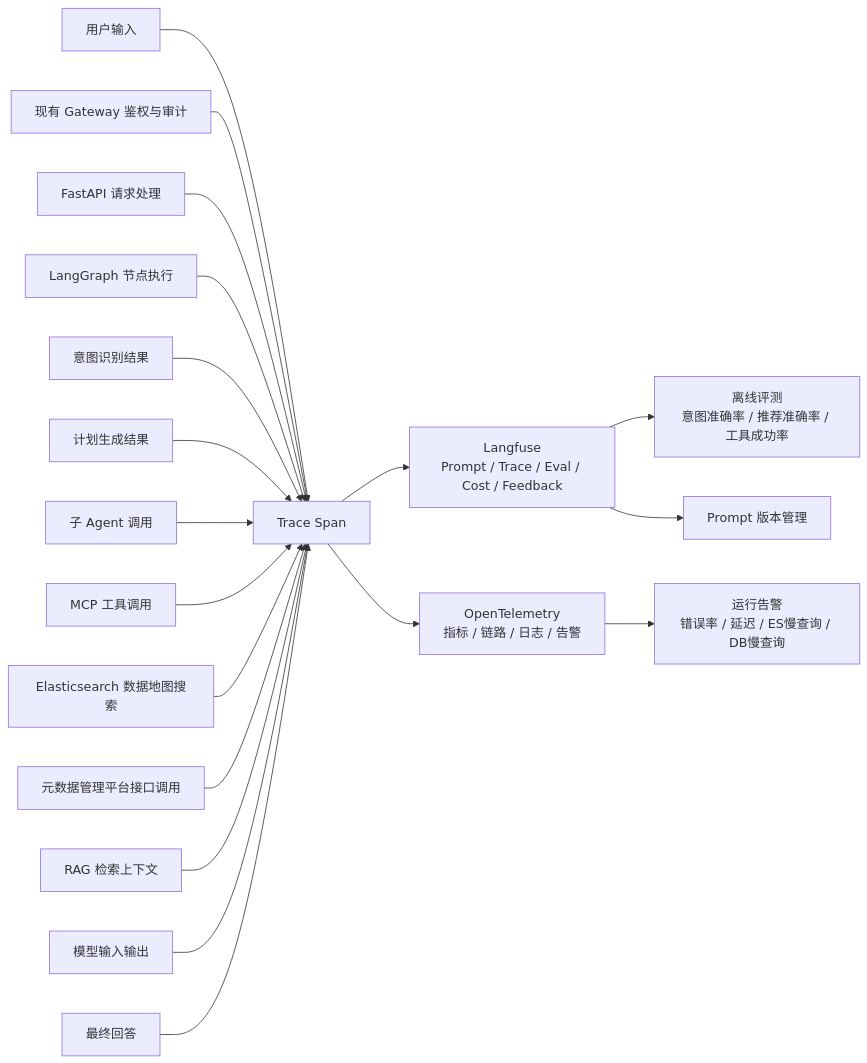
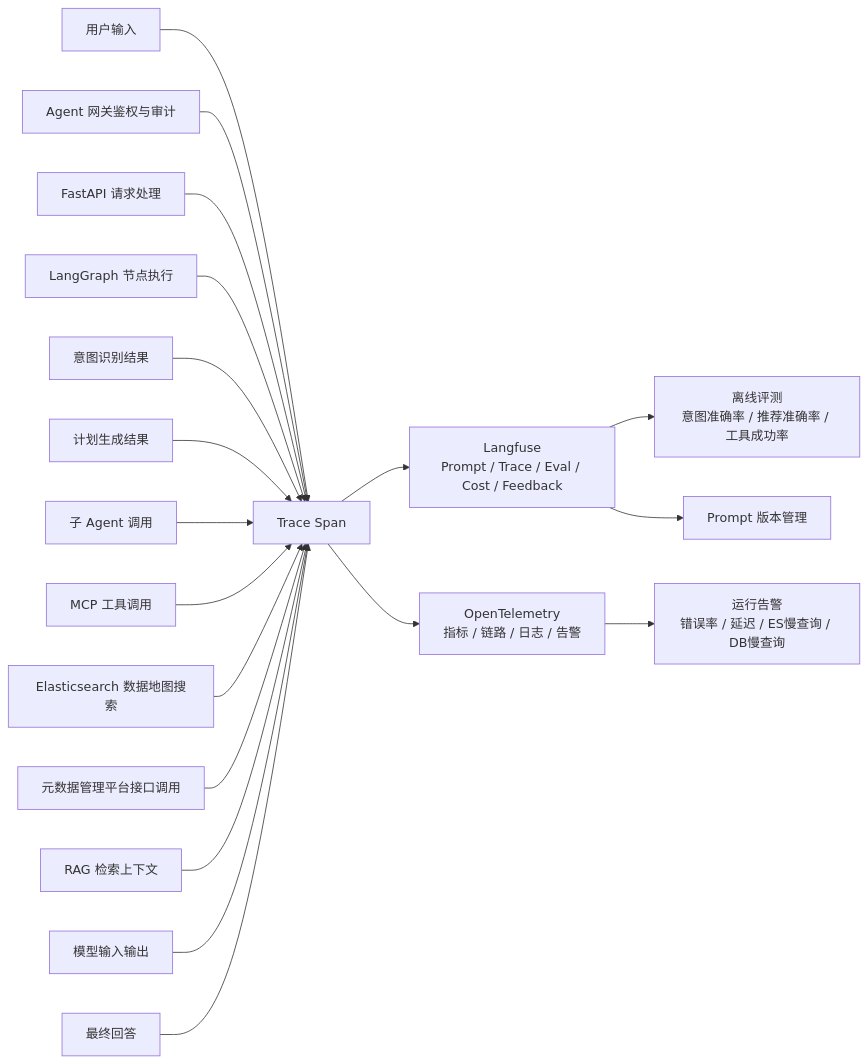
One commit to ShaneLiu001/dataasset changed the eighth of 8 diagrams in 数据资产助手/90-附录-数据资产助手典型场景数据流.md. Above: the diagram before and after it, drawn with Mermaid. The commit also changed other lines of this file and 17 other files, not shown here.

````diff
--- a/数据资产助手/90-附录-数据资产助手典型场景数据流.md
+++ b/数据资产助手/90-附录-数据资产助手典型场景数据流.md
@@ -366,23 +366,23 @@
 ```mermaid
 flowchart LR
   UserInput[用户输入] --> Trace[Trace Span]
-  Gateway[现有 Gateway 鉴权与审计] --> Trace
+  Gateway[Agent 网关鉴权与审计] --> Trace
   FastAPI[FastAPI 请求处理] --> Trace
   Graph[LangGraph 节点执行] --> Trace
   Intent[意图识别结果] --> Trace
   Plan[计划生成结果] --> Trace
   AgentCall[子 Agent 调用] --> Trace
   ToolCall[MCP 工具调用] --> Trace
   ES[Elasticsearch 数据地图搜索] --> Trace
   MetadataApi[元数据管理平台接口调用] --> Trace
   Rag[RAG 检索上下文] --> Trace
   ModelIO[模型输入输出] --> Trace
   Answer[最终回答] --> Trace
 
   Trace --> Langfuse[Langfuse<br/>Prompt / Trace / Eval / Cost / Feedback]
   Trace --> OTel[OpenTelemetry<br/>指标 / 链路 / 日志 / 告警]
 
   Langfuse --> Eval[离线评测<br/>意图准确率 / 推荐准确率 / 工具成功率]
   Langfuse --> Prompt[Prompt 版本管理]
   OTel --> Alert[运行告警<br/>错误率 / 延迟 / ES慢查询 / DB慢查询]
 ```
````
